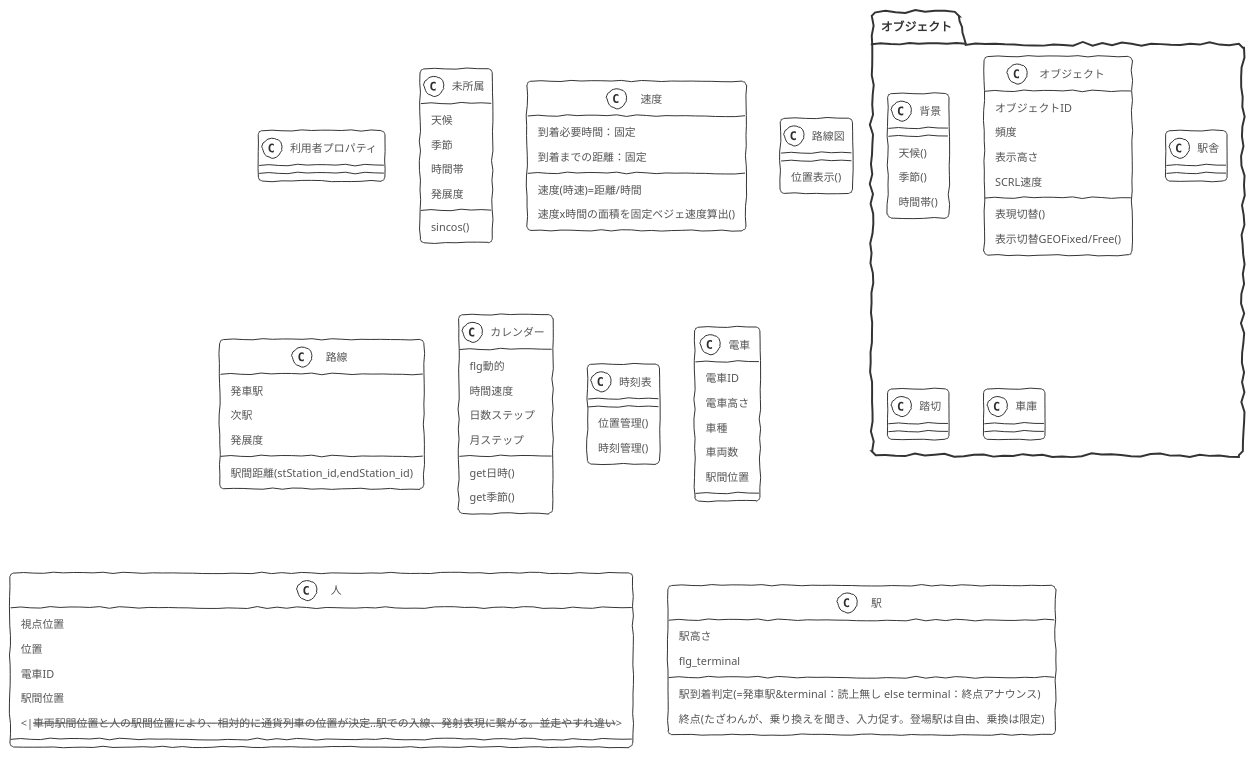
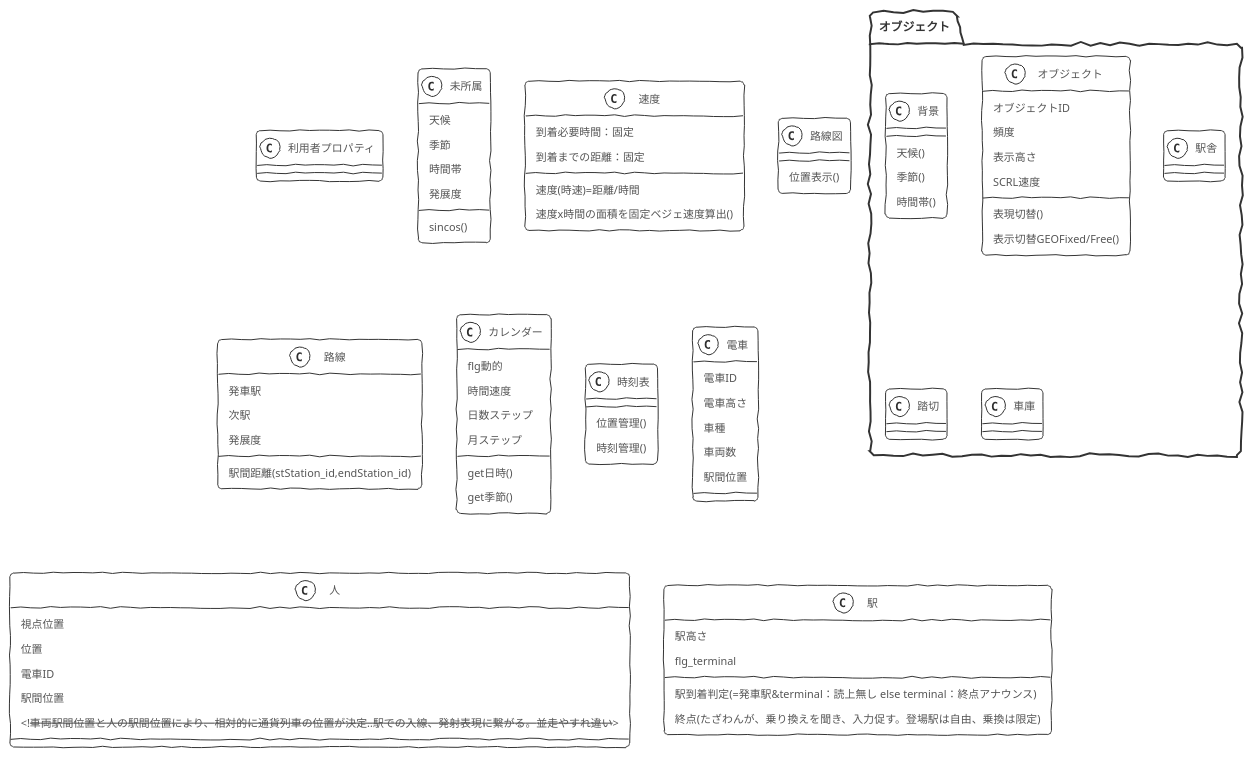
One commit to ssmxgo/tazawa_prj01 changed the diagram in tazawa.puml. Above: the diagram before and after it, drawn with PlantUML.

Commit message:
コメント

```diff
--- a/tazawa.puml
+++ b/tazawa.puml
@@ -1,95 +1,95 @@
 @startuml まとめ
 !theme sketchy-outline
 
 class 利用者プロパティ{
 }
 
 class 未所属{
     天候
     季節
     時間帯
     発展度
     sincos()
 }
 
 Class 速度{
 到着必要時間：固定
 到着までの距離：固定
 速度(時速)=距離/時間
 速度x時間の面積を固定ベジェ速度算出()
 
 }
 
 
 
 class 路線図 {
     位置表示()
 }
 class 路線 {
     発車駅
     次駅
 駅間距離(stStation_id,endStation_id)
     発展度
 }
 class カレンダー{
     flg動的
     時間速度
     日数ステップ
     月ステップ
     get日時()
     get季節()
 }
 class 時刻表{
     位置管理()
     時刻管理()
 }
 
 class 電車 {
     電車ID
     電車高さ
     車種
     車両数
 駅間位置
 }
 
 class 人 {
     視点位置
     位置
     電車ID
 駅間位置
-    <|--車両駅間位置と人の駅間位置により、相対的に通貨列車の位置が決定‥駅での入線、発射表現に繋がる。並走やすれ違い-->
+    <!--車両駅間位置と人の駅間位置により、相対的に通貨列車の位置が決定‥駅での入線、発射表現に繋がる。並走やすれ違い-->
 }
 
 
 class 駅 {
     駅高さ
     flg_terminal
     駅到着判定(=発車駅&terminal：読上無し else terminal：終点アナウンス)
     終点(たざわんが、乗り換えを聞き、入力促す。登場駅は自由、乗換は限定)
 }
 
 package オブジェクト{
 class 背景{
     天候()
     季節()
     時間帯()
 }
 
 
 
 '各風景 駅舎 建築物
 class オブジェクト{
     オブジェクトID
     頻度
     表示高さ
     SCRL速度
     表現切替()
     表示切替GEOFixed/Free()
 }
 class 駅舎{}
 class 踏切{}
 class 車庫{}
 
 }
 
 @enduml
```
